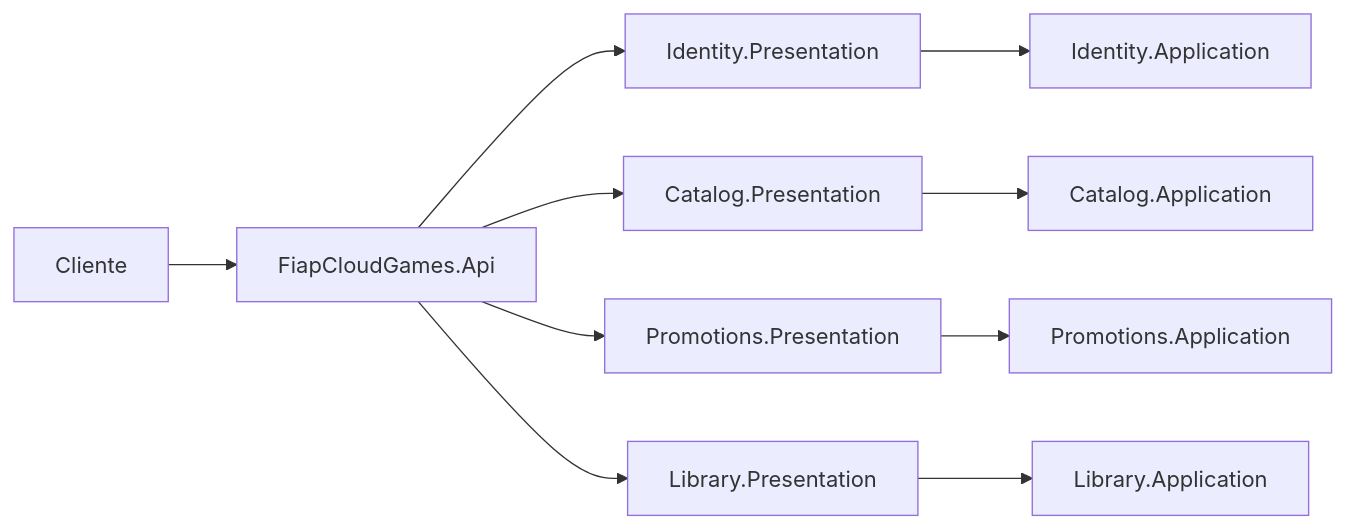
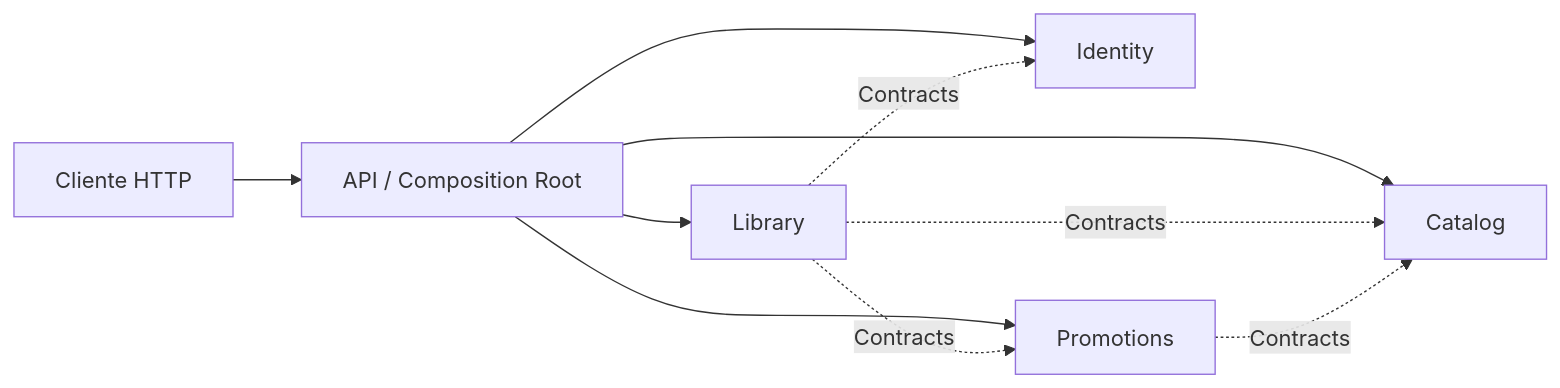
Before and after one commit to MarinsPedro/Fiap: the first of 5 diagrams in docs/architecture/diagrams.md, drawn with Mermaid. The commit also changed other lines of this file and 54 other files, not shown here.

````diff
--- a/docs/architecture/diagrams.md
+++ b/docs/architecture/diagrams.md
@@ -5,12 +8,12 @@
 ```mermaid
 flowchart LR
-    Client["Cliente"] --> Api["FiapCloudGames.Api"]
-    Api --> IP["Identity.Presentation"]
-    Api --> CP["Catalog.Presentation"]
-    Api --> PP["Promotions.Presentation"]
-    Api --> LP["Library.Presentation"]
-    IP --> IA["Identity.Application"]
-    CP --> CA["Catalog.Application"]
-    PP --> PA["Promotions.Application"]
-    LP --> LA["Library.Application"]
+    Client["Cliente HTTP"] --> Api["API / Composition Root"]
+    Api --> Identity
+    Api --> Catalog
+    Api --> Promotions
+    Api --> Library
+    Library -. Contracts .-> Identity
+    Library -. Contracts .-> Catalog
+    Library -. Contracts .-> Promotions
+    Promotions -. Contracts .-> Catalog
 ```
````
